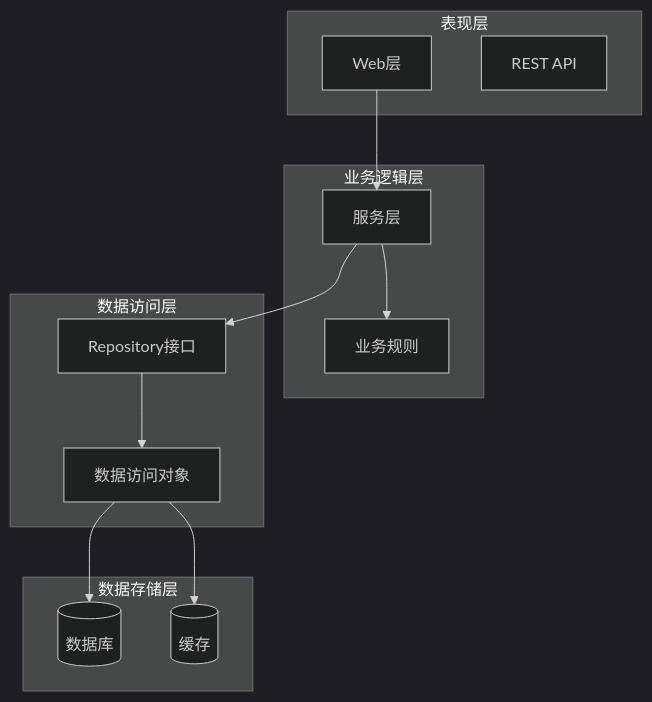
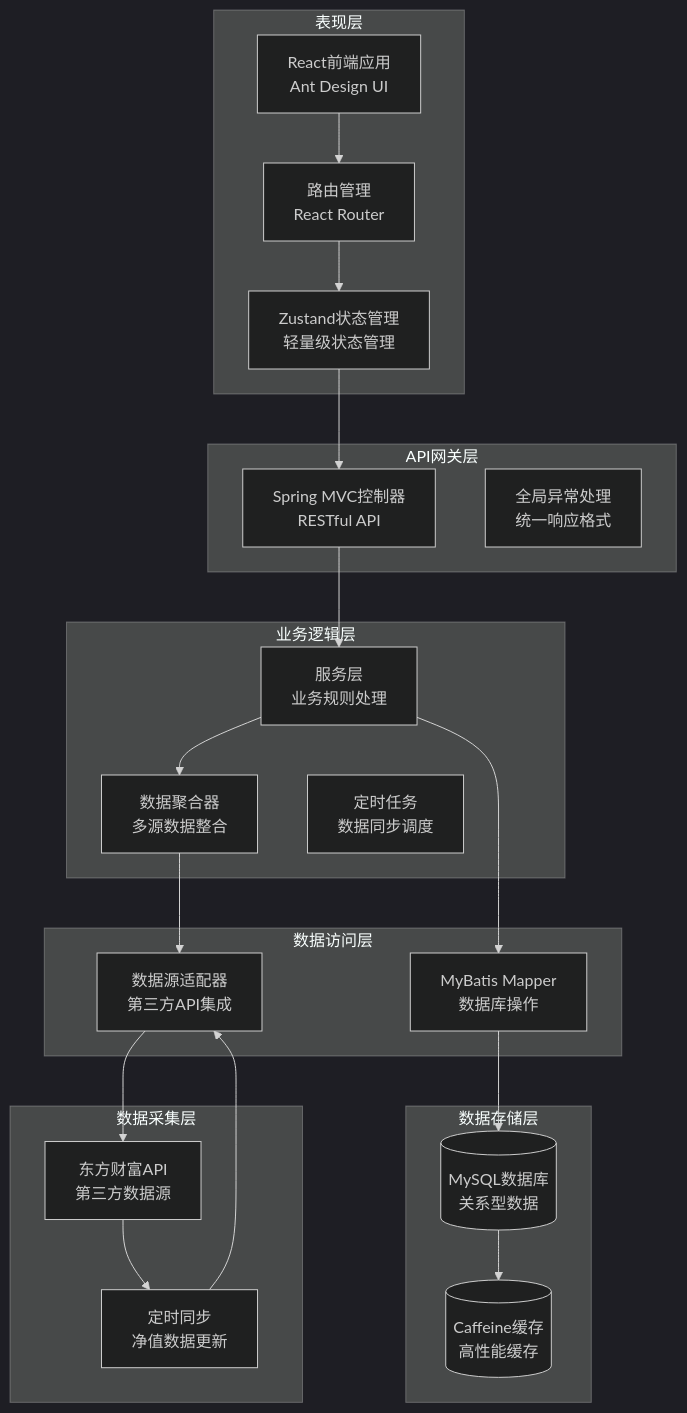
The fourth of 8 diagrams in .qoder/repowiki/zh/content/项目概述.md (gree-coder/fund-butler), drawn with Mermaid (dark theme) before and after one commit. The commit also changed other lines of this file and 10 other files, not shown here.

````diff
--- a/.qoder/repowiki/zh/content/项目概述.md
+++ b/.qoder/repowiki/zh/content/项目概述.md
@@ -158,25 +168,40 @@
 ```mermaid
 graph TB
 subgraph "表现层"
-WEB[Web层]
-API[REST API]
+FRONTEND[React前端应用<br/>Ant Design UI]
+ROUTER[路由管理<br/>React Router]
+STATE[Zustand状态管理<br/>轻量级状态管理]
+end
+subgraph "API网关层"
+CONTROLLER[Spring MVC控制器<br/>RESTful API]
+FILTER[全局异常处理<br/>统一响应格式]
 end
 subgraph "业务逻辑层"
-SERVICE[服务层]
-BUSINESS[业务规则]
+SERVICE[服务层<br/>业务规则处理]
+AGGREGATOR[数据聚合器<br/>多源数据整合]
+SCHEDULER[定时任务<br/>数据同步调度]
 end
 subgraph "数据访问层"
-REPO[Repository接口]
-DAO[数据访问对象]
+DATASOURCE[数据源适配器<br/>第三方API集成]
+MAPPER[MyBatis Mapper<br/>数据库操作]
 end
 subgraph "数据存储层"
-DB[(数据库)]
-CACHE[(缓存)]
+DATABASE[(MySQL数据库<br/>关系型数据)]
+CACHE[(Caffeine缓存<br/>高性能缓存)]
 end
-WEB --> SERVICE
-SERVICE --> BUSINESS
-SERVICE --> REPO
-REPO --> DAO
-DAO --> DB
-DAO --> CACHE
+subgraph "数据采集层"
+EXTERNAL[东方财富API<br/>第三方数据源]
+SYNC[定时同步<br/>净值数据更新]
+end
+FRONTEND --> ROUTER --> STATE
+STATE --> CONTROLLER
+CONTROLLER --> SERVICE
+SERVICE --> AGGREGATOR
+AGGREGATOR --> DATASOURCE
+DATASOURCE --> EXTERNAL
+SERVICE --> MAPPER
+MAPPER --> DATABASE
+DATABASE --> CACHE
+EXTERNAL --> SYNC
+SYNC --> DATASOURCE
 ```
````
